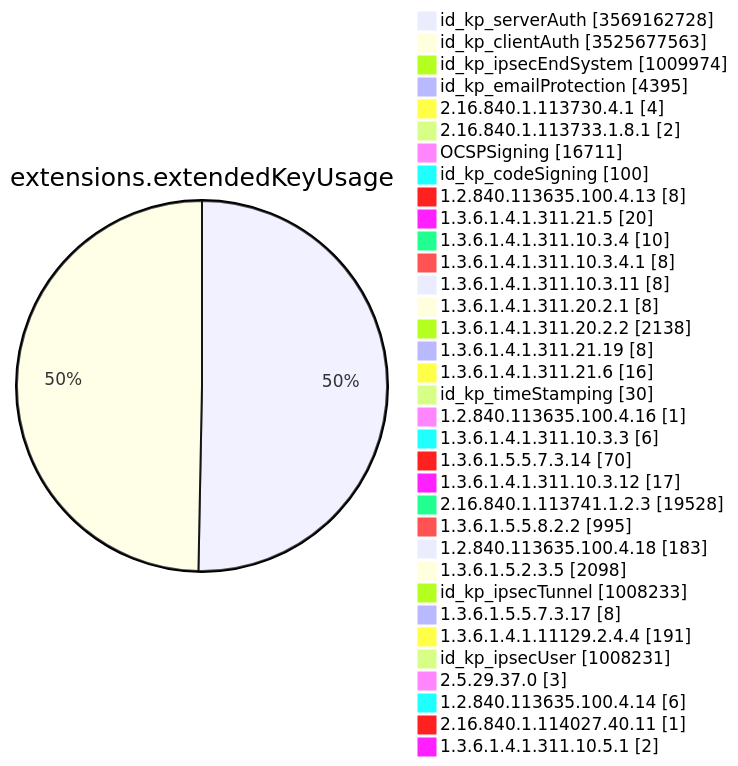
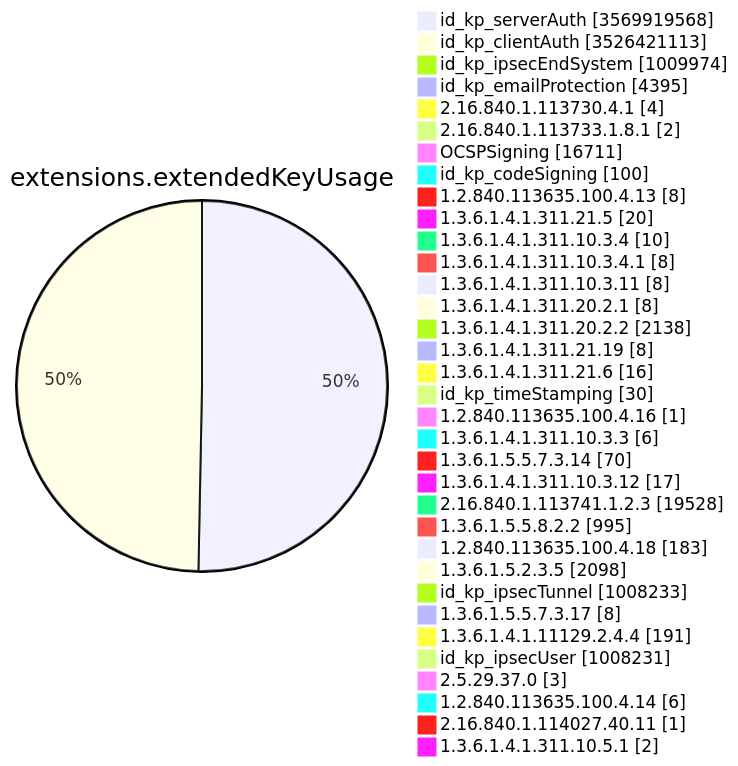
Before and after one commit to christiankrug/ctmonitor_visualization: diagram 11 of 15 in TOTAL/README.md, drawn with Mermaid. The commit also changed other lines of this file, not shown here.

````diff
--- a/TOTAL/README.md
+++ b/TOTAL/README.md
@@ -4128,38 +4128,38 @@
 ```mermaid
 pie showData
 title extensions.extendedKeyUsage
-"id_kp_serverAuth" :3569162728
-"id_kp_clientAuth" :3525677563
+"id_kp_serverAuth" :3569919568
+"id_kp_clientAuth" :3526421113
 "id_kp_ipsecEndSystem" :1009974
 "id_kp_emailProtection" :4395
 "2.16.840.1.113730.4.1" :4
 "2.16.840.1.113733.1.8.1" :2
 "OCSPSigning" :16711
 "id_kp_codeSigning" :100
 "1.2.840.113635.100.4.13" :8
 "1.3.6.1.4.1.311.21.5" :20
 "1.3.6.1.4.1.311.10.3.4" :10
 "1.3.6.1.4.1.311.10.3.4.1" :8
 "1.3.6.1.4.1.311.10.3.11" :8
 "1.3.6.1.4.1.311.20.2.1" :8
 "1.3.6.1.4.1.311.20.2.2" :2138
 "1.3.6.1.4.1.311.21.19" :8
 "1.3.6.1.4.1.311.21.6" :16
 "id_kp_timeStamping" :30
 "1.2.840.113635.100.4.16" :1
 "1.3.6.1.4.1.311.10.3.3" :6
 "1.3.6.1.5.5.7.3.14" :70
 "1.3.6.1.4.1.311.10.3.12" :17
 "2.16.840.1.113741.1.2.3" :19528
 "1.3.6.1.5.5.8.2.2" :995
 "1.2.840.113635.100.4.18" :183
 "1.3.6.1.5.2.3.5" :2098
 "id_kp_ipsecTunnel" :1008233
 "1.3.6.1.5.5.7.3.17" :8
 "1.3.6.1.4.1.11129.2.4.4" :191
 "id_kp_ipsecUser" :1008231
 "2.5.29.37.0" :3
 "1.2.840.113635.100.4.14" :6
 "2.16.840.1.114027.40.11" :1
 "1.3.6.1.4.1.311.10.5.1" :2
 ```
````
